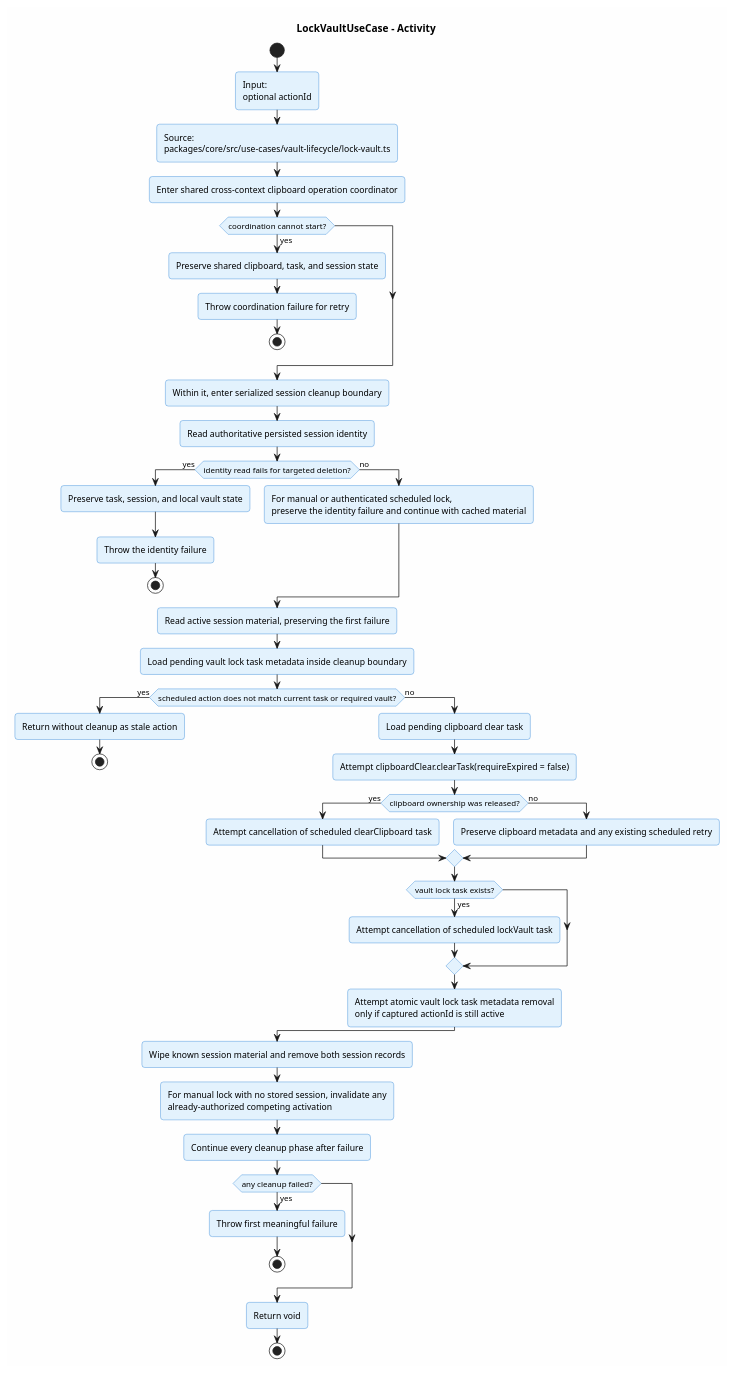
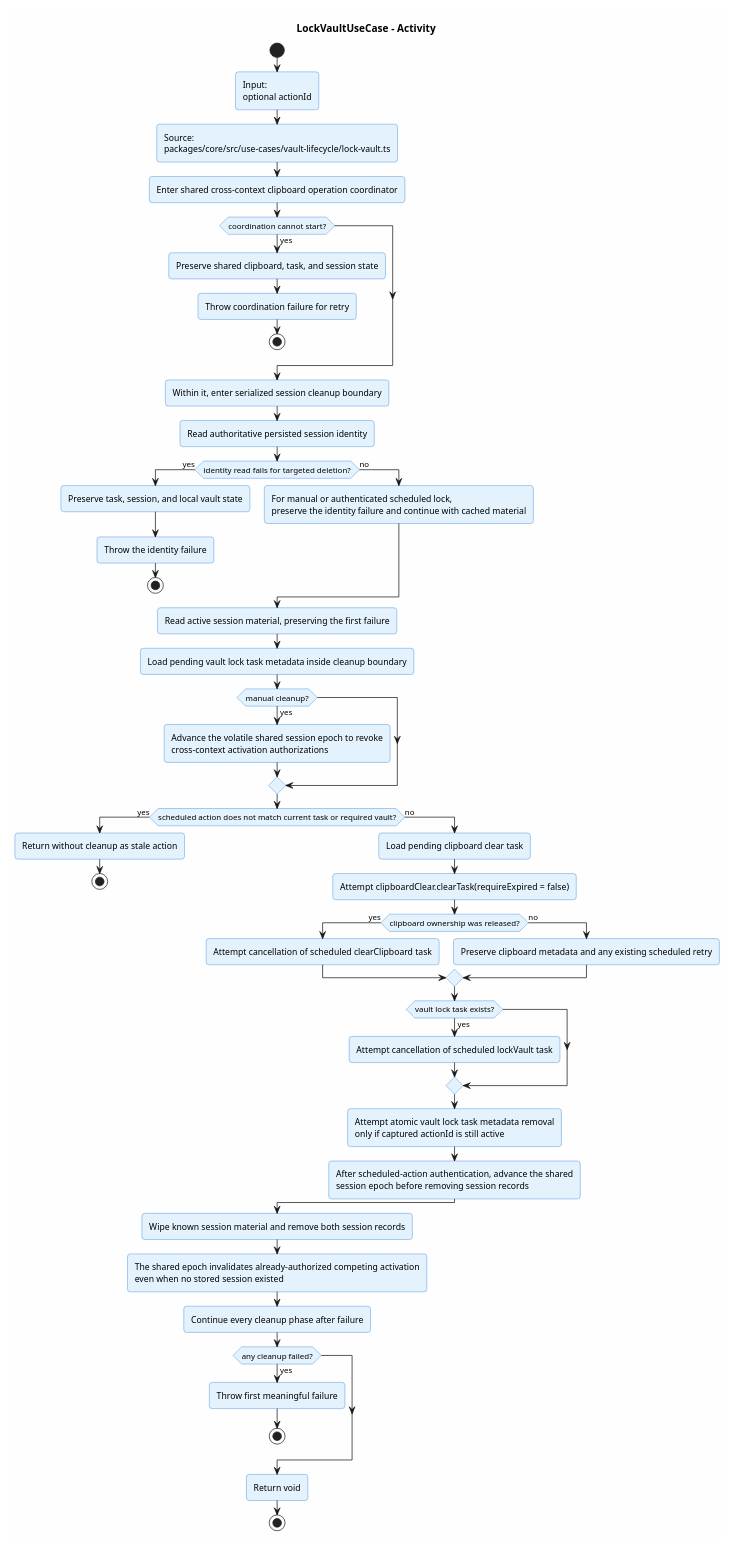
Before and after one commit to ArionStudio/engr-serverless-pm: the diagram in docs/v1/use-case/vault-lifecycle/lock-vault.activity.puml, drawn with PlantUML. The commit also changed 26 other files, not shown here.

Commit message:
fix(core): revoke stale session activations

```diff
--- a/docs/v1/use-case/vault-lifecycle/lock-vault.activity.puml
+++ b/docs/v1/use-case/vault-lifecycle/lock-vault.activity.puml
@@ -1,62 +1,69 @@
 @startuml lock-vault-activity
 title LockVaultUseCase - Activity
 
 skinparam backgroundColor #FEFEFE
 skinparam roundcorner 8
 skinparam shadowing false
 skinparam activity {
   BackgroundColor #E3F2FD
   BorderColor #1976D2
 }
 
 start
 :Input:\noptional actionId;
 :Source:\npackages/core/src/use-cases/vault-lifecycle/lock-vault.ts;
 :Enter shared cross-context clipboard operation coordinator;
 if (coordination cannot start?) then (yes)
   :Preserve shared clipboard, task, and session state;
   :Throw coordination failure for retry;
   stop
 endif
 :Within it, enter serialized session cleanup boundary;
 :Read authoritative persisted session identity;
 if (identity read fails for targeted deletion?) then (yes)
   :Preserve task, session, and local vault state;
   :Throw the identity failure;
   stop
 else (no)
   :For manual or authenticated scheduled lock,
   preserve the identity failure and continue with cached material;
 endif
 :Read active session material, preserving the first failure;
 :Load pending vault lock task metadata inside cleanup boundary;
 
+if (manual cleanup?) then (yes)
+  :Advance the volatile shared session epoch to revoke
+  cross-context activation authorizations;
+endif
+
 if (scheduled action does not match current task or required vault?) then (yes)
   :Return without cleanup as stale action;
   stop
 else (no)
   :Load pending clipboard clear task;
   :Attempt clipboardClear.clearTask(requireExpired = false);
   if (clipboard ownership was released?) then (yes)
     :Attempt cancellation of scheduled clearClipboard task;
   else (no)
     :Preserve clipboard metadata and any existing scheduled retry;
   endif
 
   if (vault lock task exists?) then (yes)
     :Attempt cancellation of scheduled lockVault task;
   endif
   :Attempt atomic vault lock task metadata removal\nonly if captured actionId is still active;
+  :After scheduled-action authentication, advance the shared
+  session epoch before removing session records;
 endif
 
 :Wipe known session material and remove both session records;
-:For manual lock with no stored session, invalidate any\nalready-authorized competing activation;
+:The shared epoch invalidates already-authorized competing activation\neven when no stored session existed;
 :Continue every cleanup phase after failure;
 
 if (any cleanup failed?) then (yes)
   :Throw first meaningful failure;
   stop
 endif
 :Return void;
 stop
 @enduml
```
